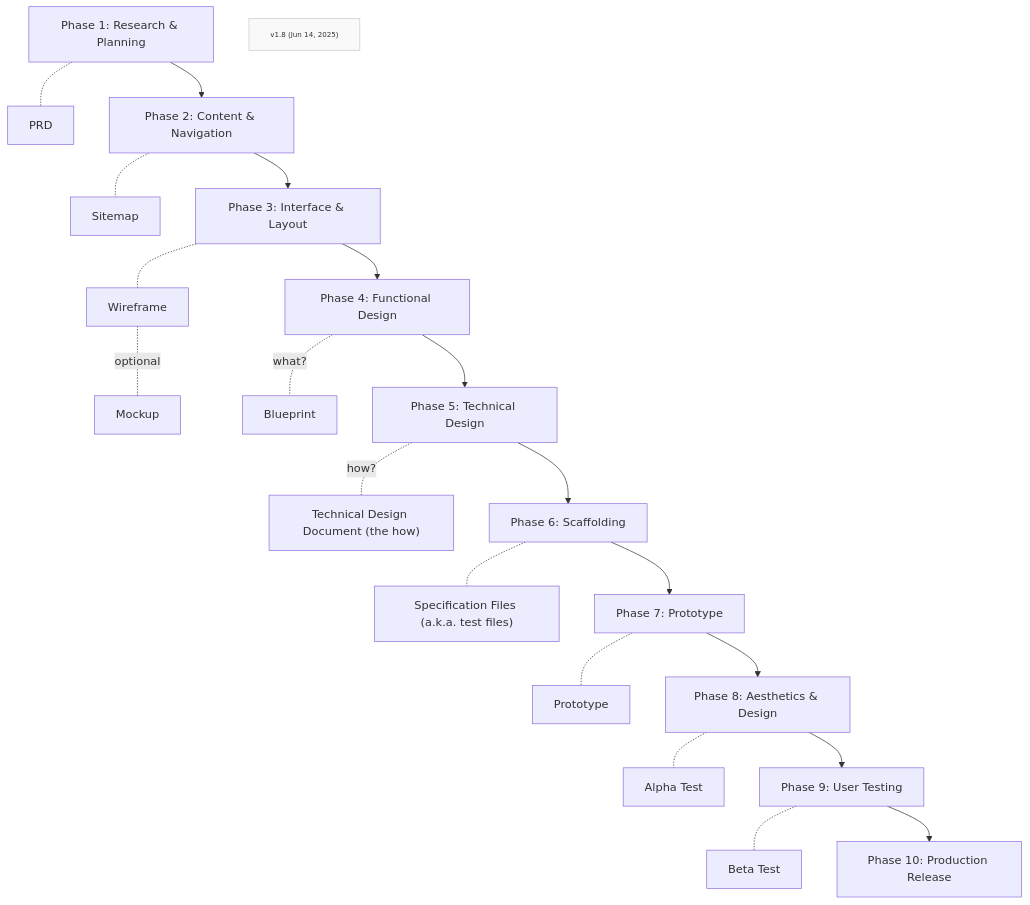
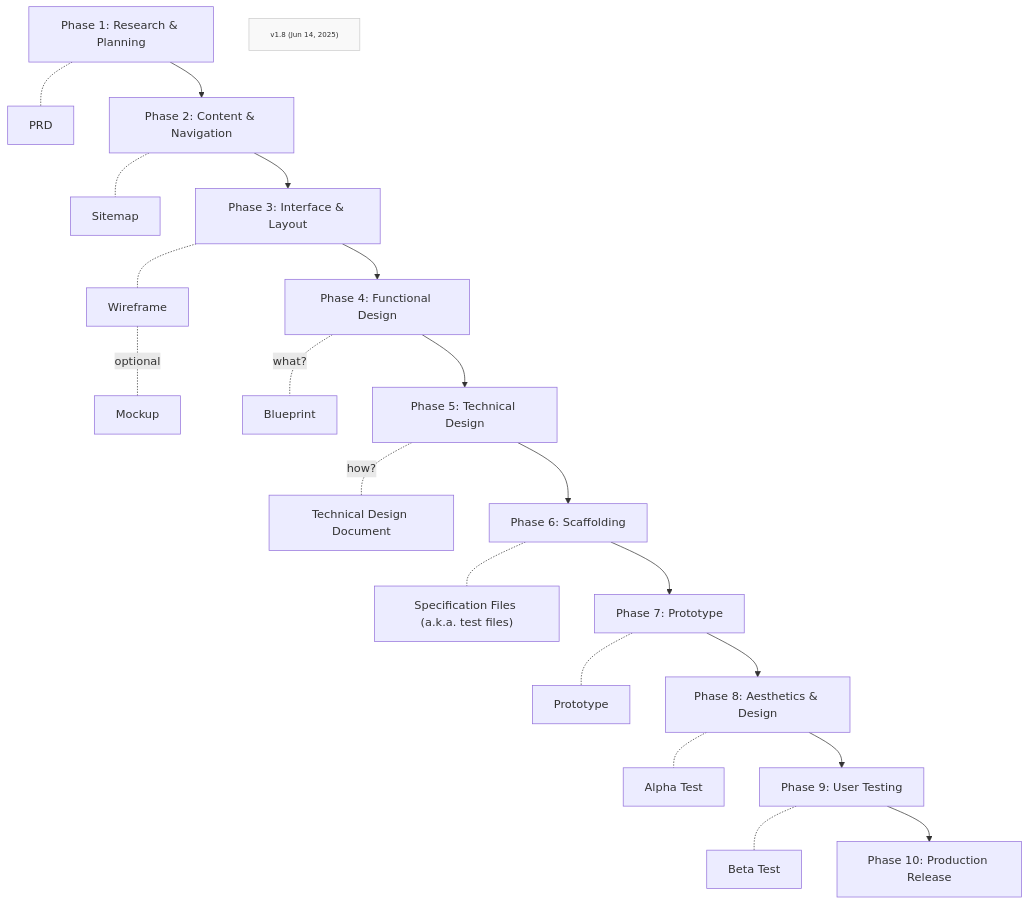
Before and after one commit to Mharbulous/Front-First-Method: the first of 2 diagrams in Phases/FF-overview.md, drawn with Mermaid.

````diff
--- a/Phases/FF-overview.md
+++ b/Phases/FF-overview.md
@@ -1,26 +1,26 @@
 ```mermaid
 graph TD
     Phase1["Phase 1: Research & Planning"] -.- PRD["PRD"]
     Phase1 --> Phase2["Phase 2: Content & Navigation"]
     Phase2 -.- Sitemap["Sitemap"]
     Phase2 --> Phase3["Phase 3: Interface & Layout"]
     Phase3 -.- Wireframe["Wireframe"]
     Wireframe -.- |optional|Mockup["Mockup"]
     Phase3 --> Phase4["Phase 4: Functional Design"]
     Phase4 -.- |what?|Blueprint["Blueprint"]
     Phase4 --> Phase5["Phase 5: Technical Design"]
-    Phase5 -.- |how?|TechDesign["Technical Design Document (the how)"]
+    Phase5 -.- |how?|TechDesign["Technical Design Document"]
     Phase5 --> Phase6["Phase 6: Scaffolding"]
     Phase6 -.- Specs["Specification Files (a.k.a. test files)"]
     Phase6 --> Phase7["Phase 7: Prototype"]
     Phase7 -.- Prototype["Prototype"]
     Phase7 --> Phase8["Phase 8: Aesthetics & Design"]
     Phase8 -.- Alpha["Alpha Test"]
     Phase8 --> Phase9["Phase 9: User Testing"]
     Phase9 -.- Beta["Beta Test"]
     Phase9 --> Phase10["Phase 10: Production Release"]
 
     VersionInfo["v1.8 (Jun 14, 2025)"]
     classDef version fill:#f9f9f9,stroke:#ccc,font-size:10px;
     class VersionInfo version
 ```
````
